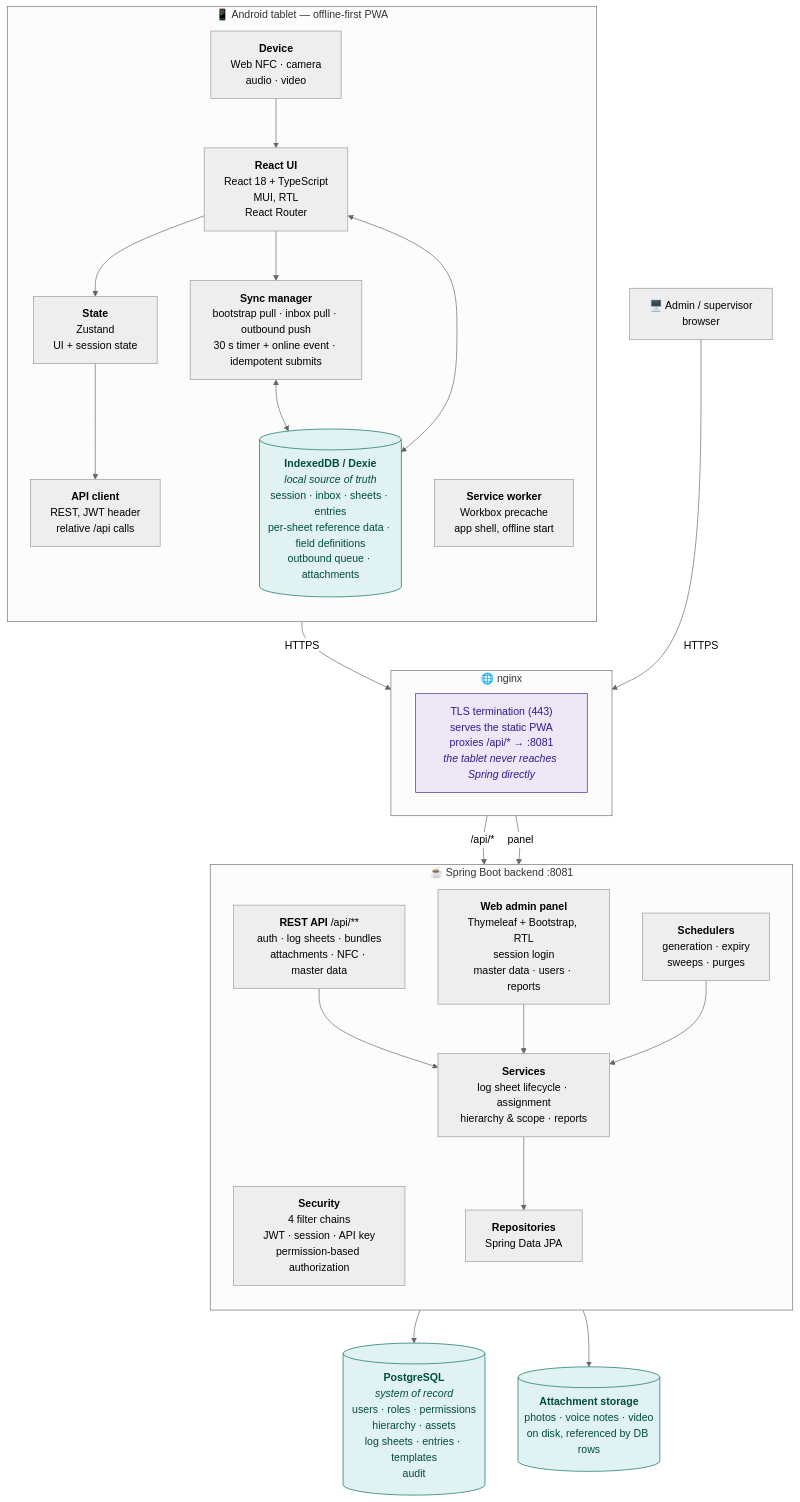
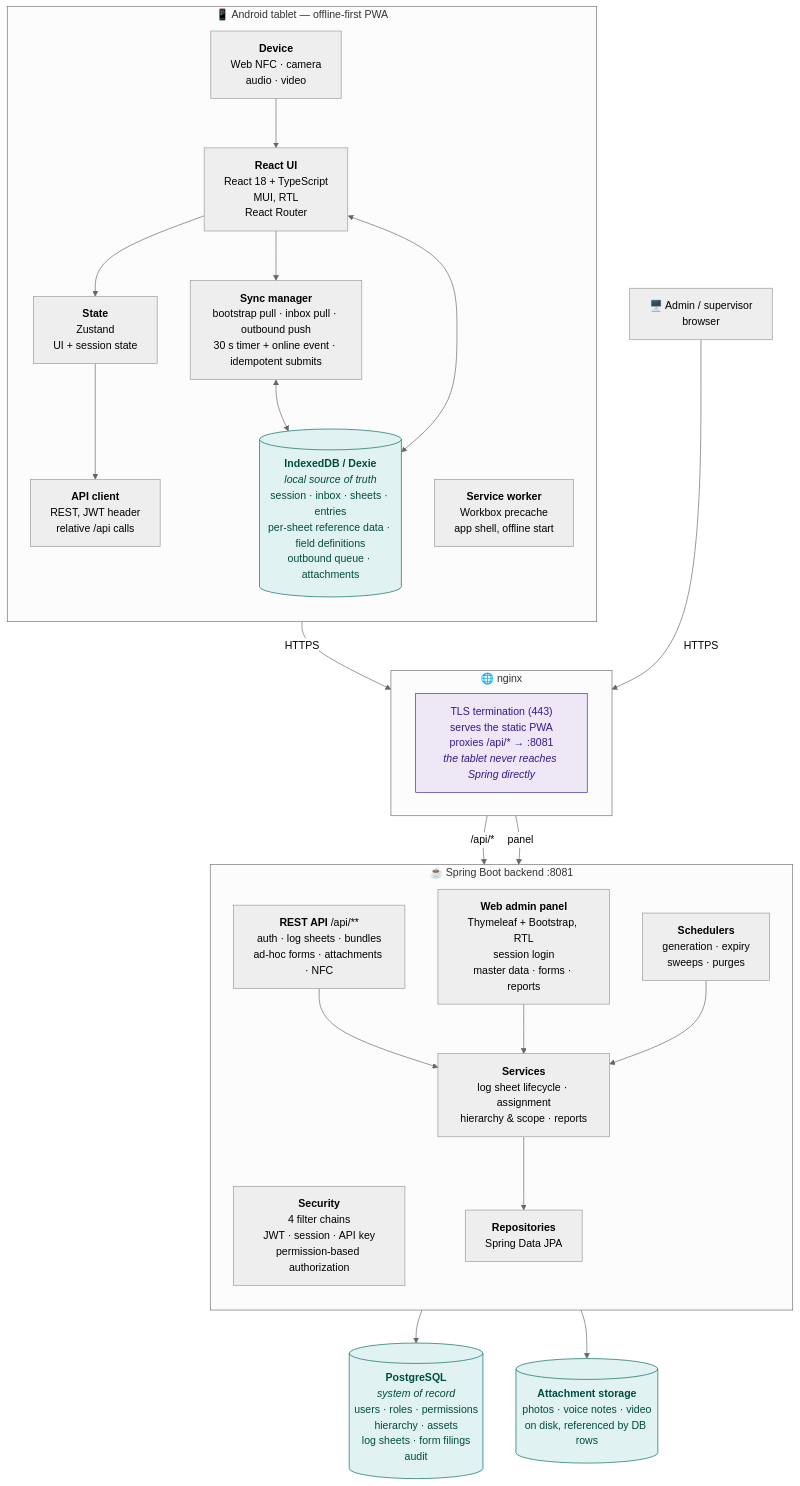
The first of 2 diagrams in docs/architecture.md (hnpanther/backend-offline-first), drawn with Mermaid (neutral theme) before and after one commit. The commit also changed other lines of this file and 11 other files, not shown here.

````diff
--- a/docs/architecture.md
+++ b/docs/architecture.md
@@ -21,55 +21,55 @@
 ```mermaid
 flowchart TB
     subgraph tablet["📱 Android tablet — offline-first PWA"]
         direction TB
         ui["<b>React UI</b><br/>React 18 + TypeScript<br/>MUI, RTL<br/>React Router"]
         state["<b>State</b><br/>Zustand<br/>UI + session state"]
         api["<b>API client</b><br/>REST, JWT header<br/>relative /api calls"]
         sync["<b>Sync manager</b><br/>bootstrap pull · inbox pull · outbound push<br/>30 s timer + online event · idempotent submits"]
         dexie[("<b>IndexedDB / Dexie</b><br/><i>local source of truth</i><br/>session · inbox · sheets · entries<br/>per-sheet reference data · field definitions<br/>outbound queue · attachments")]
         sw["<b>Service worker</b><br/>Workbox precache<br/>app shell, offline start"]
         dev["<b>Device</b><br/>Web NFC · camera<br/>audio · video"]
 
         ui --> state --> api
         ui --> sync
         sync <--> dexie
         ui <--> dexie
         dev --> ui
     end
 
     subgraph edge["🌐 nginx"]
         ngx["TLS termination (443)<br/>serves the static PWA<br/>proxies /api/* → :8081<br/><i>the tablet never reaches Spring directly</i>"]
     end
 
     subgraph backend["☕ Spring Boot backend :8081"]
         direction TB
         sec["<b>Security</b><br/>4 filter chains<br/>JWT · session · API key<br/>permission-based authorization"]
-        rest["<b>REST API</b> /api/**<br/>auth · log sheets · bundles<br/>attachments · NFC · master data"]
-        web["<b>Web admin panel</b><br/>Thymeleaf + Bootstrap, RTL<br/>session login<br/>master data · users · reports"]
+        rest["<b>REST API</b> /api/**<br/>auth · log sheets · bundles<br/>ad-hoc forms · attachments · NFC"]
+        web["<b>Web admin panel</b><br/>Thymeleaf + Bootstrap, RTL<br/>session login<br/>master data · forms · reports"]
         svc["<b>Services</b><br/>log sheet lifecycle · assignment<br/>hierarchy &amp; scope · reports"]
         jobs["<b>Schedulers</b><br/>generation · expiry<br/>sweeps · purges"]
         repo["<b>Repositories</b><br/>Spring Data JPA"]
 
         rest --> svc
         web --> svc
         svc --> repo
         jobs --> svc
     end
 
-    db[("<b>PostgreSQL</b><br/><i>system of record</i><br/>users · roles · permissions<br/>hierarchy · assets<br/>log sheets · entries · templates<br/>audit")]
+    db[("<b>PostgreSQL</b><br/><i>system of record</i><br/>users · roles · permissions<br/>hierarchy · assets<br/>log sheets · form filings<br/>audit")]
     files[("<b>Attachment storage</b><br/>photos · voice notes · video<br/>on disk, referenced by DB rows")]
 
     browser["🖥️ Admin / supervisor<br/>browser"]
 
     tablet -- "HTTPS" --> edge
     browser -- "HTTPS" --> edge
     edge -- "/api/*" --> backend
     edge -- "panel" --> backend
     repo --> db
     svc --> files
 
     classDef store fill:#e0f2f1,stroke:#00695c,color:#004d40
     classDef edgeBox fill:#ede7f6,stroke:#4527a0,color:#311b92
     class dexie,db,files store
     class ngx edgeBox
 ```
````
